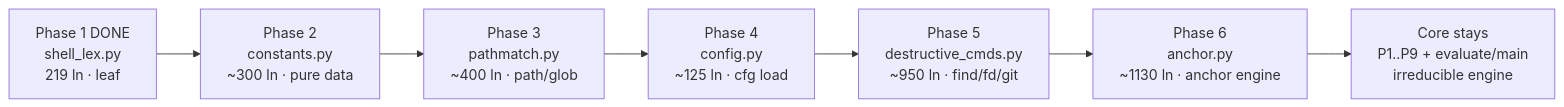
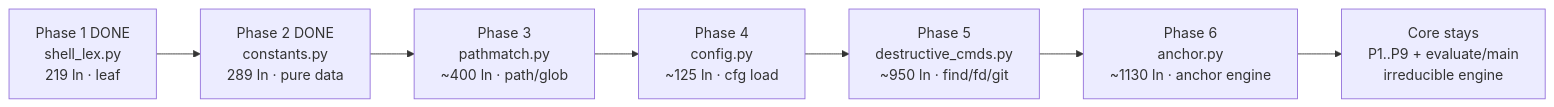
The first of 2 diagrams in docs/reference/monolith-split-plan.md (Yugoge/awesome-claude-harness), drawn with Mermaid before and after one commit. The commit also changed other lines of this file and 6 other files, not shown here.

First line of the commit message:
refactor(runtime_guard): extract constants.py phase-2; portabilize public-core paths

````diff
--- a/docs/reference/monolith-split-plan.md
+++ b/docs/reference/monolith-split-plan.md
@@ -89,9 +102,9 @@
 ```mermaid
 graph LR
-    P1["Phase 1 DONE<br/>shell_lex.py<br/>219 ln · leaf"] --> P2["Phase 2<br/>constants.py<br/>~300 ln · pure data"]
+    P1["Phase 1 DONE<br/>shell_lex.py<br/>219 ln · leaf"] --> P2["Phase 2 DONE<br/>constants.py<br/>289 ln · pure data"]
     P2 --> P3["Phase 3<br/>pathmatch.py<br/>~400 ln · path/glob"]
     P3 --> P4["Phase 4<br/>config.py<br/>~125 ln · cfg load"]
     P4 --> P5["Phase 5<br/>destructive_cmds.py<br/>~950 ln · find/fd/git"]
     P5 --> P6["Phase 6<br/>anchor.py<br/>~1130 ln · anchor engine"]
     P6 --> P7["Core stays<br/>P1..P9 + evaluate/main<br/>irreducible engine"]
 ```
````
